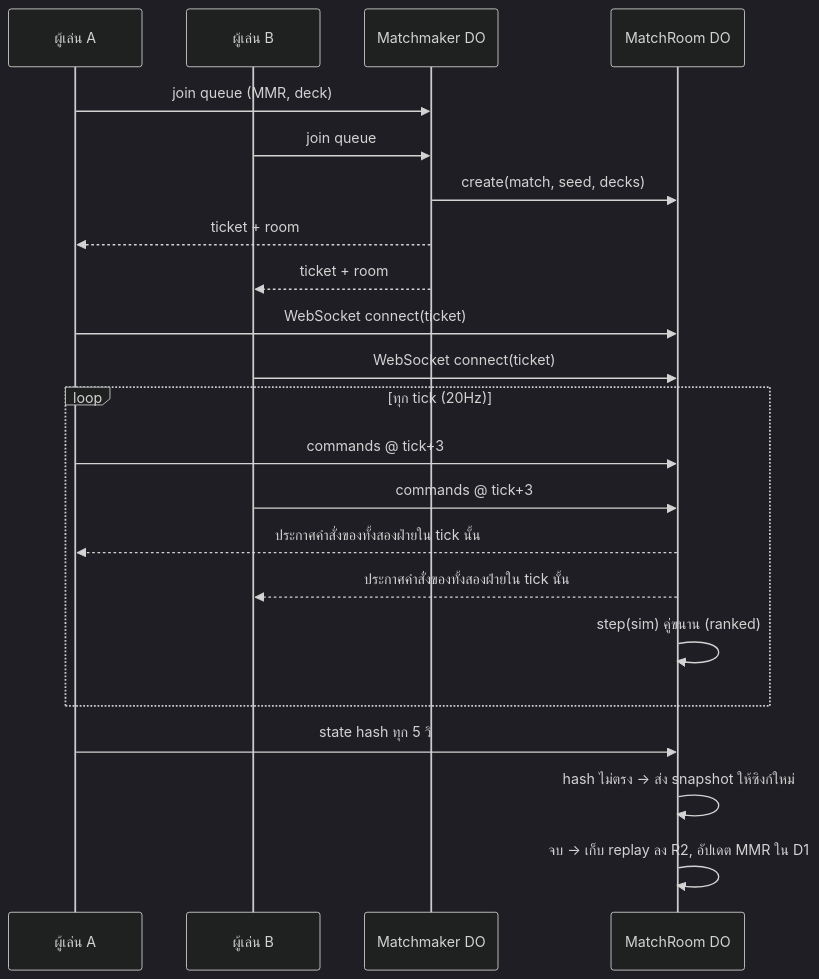
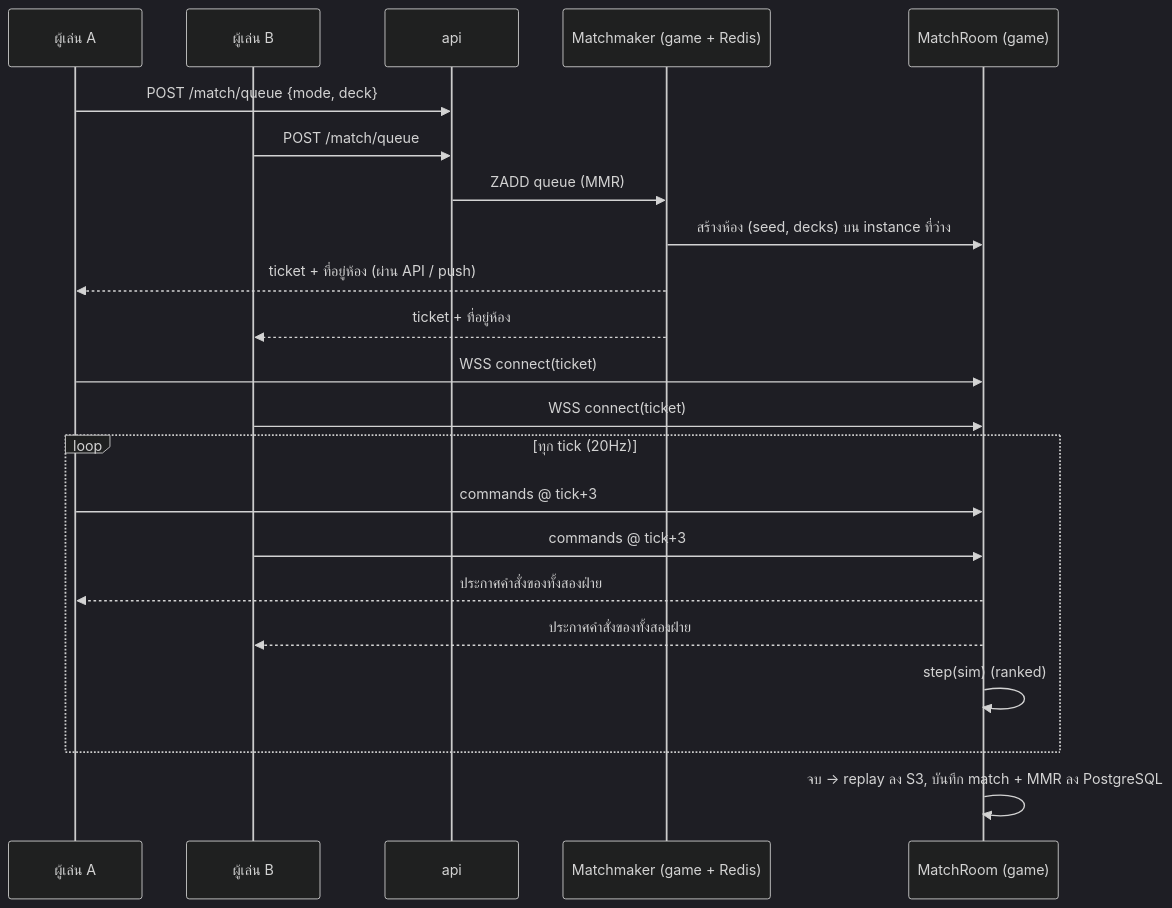
Before and after one commit to jonmaxmore/TD-Games-Idel: the fourth of 4 diagrams in docs/design/architecture.md, drawn with Mermaid (dark theme). The commit also changed other lines of this file and 8 other files, not shown here.

First line of the commit message:
Switch backend design to Node.js + PostgreSQL + Redis (ADR 0003)

````diff
--- a/docs/design/architecture.md
+++ b/docs/design/architecture.md
@@ -148,24 +230,24 @@
 ```mermaid
 sequenceDiagram
   participant A as ผู้เล่น A
   participant B as ผู้เล่น B
-  participant MM as Matchmaker DO
-  participant R as MatchRoom DO
-  A->>MM: join queue (MMR, deck)
-  B->>MM: join queue
-  MM->>R: create(match, seed, decks)
-  MM-->>A: ticket + room
-  MM-->>B: ticket + room
-  A->>R: WebSocket connect(ticket)
-  B->>R: WebSocket connect(ticket)
+  participant API as api
+  participant MM as Matchmaker (game + Redis)
+  participant R as MatchRoom (game)
+  A->>API: POST /match/queue {mode, deck}
+  B->>API: POST /match/queue
+  API->>MM: ZADD queue (MMR)
+  MM->>R: สร้างห้อง (seed, decks) บน instance ที่ว่าง
+  MM-->>A: ticket + ที่อยู่ห้อง (ผ่าน API / push)
+  MM-->>B: ticket + ที่อยู่ห้อง
+  A->>R: WSS connect(ticket)
+  B->>R: WSS connect(ticket)
   loop ทุก tick (20Hz)
     A->>R: commands @ tick+3
     B->>R: commands @ tick+3
-    R-->>A: ประกาศคำสั่งของทั้งสองฝ่ายใน tick นั้น
-    R-->>B: ประกาศคำสั่งของทั้งสองฝ่ายใน tick นั้น
-    R->>R: step(sim) คู่ขนาน (ranked)
+    R-->>A: ประกาศคำสั่งของทั้งสองฝ่าย
+    R-->>B: ประกาศคำสั่งของทั้งสองฝ่าย
+    R->>R: step(sim) (ranked)
   end
-  A->>R: state hash ทุก 5 วิ
-  R->>R: hash ไม่ตรง → ส่ง snapshot ให้ซิงก์ใหม่
-  R->>R: จบ → เก็บ replay ลง R2, อัปเดต MMR ใน D1
+  R->>R: จบ → replay ลง S3, บันทึก match + MMR ลง PostgreSQL
 ```
````
